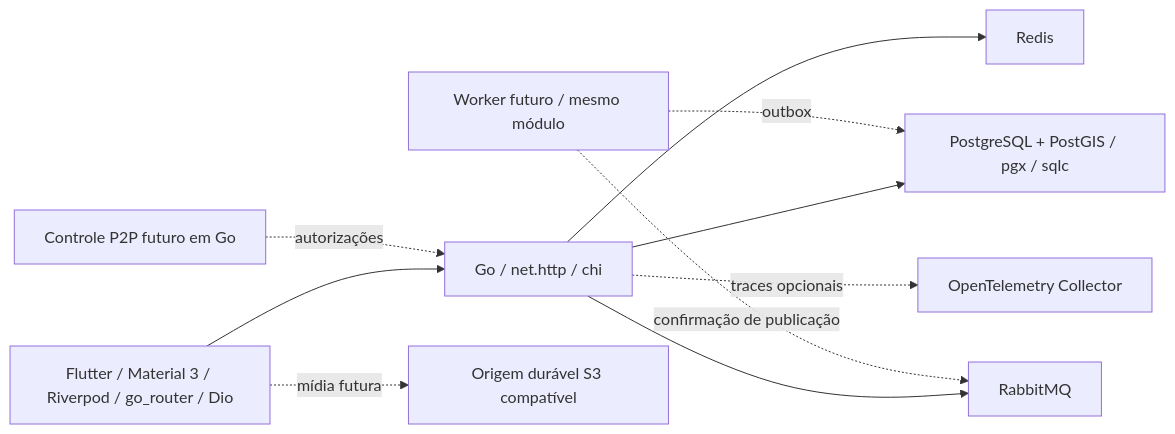
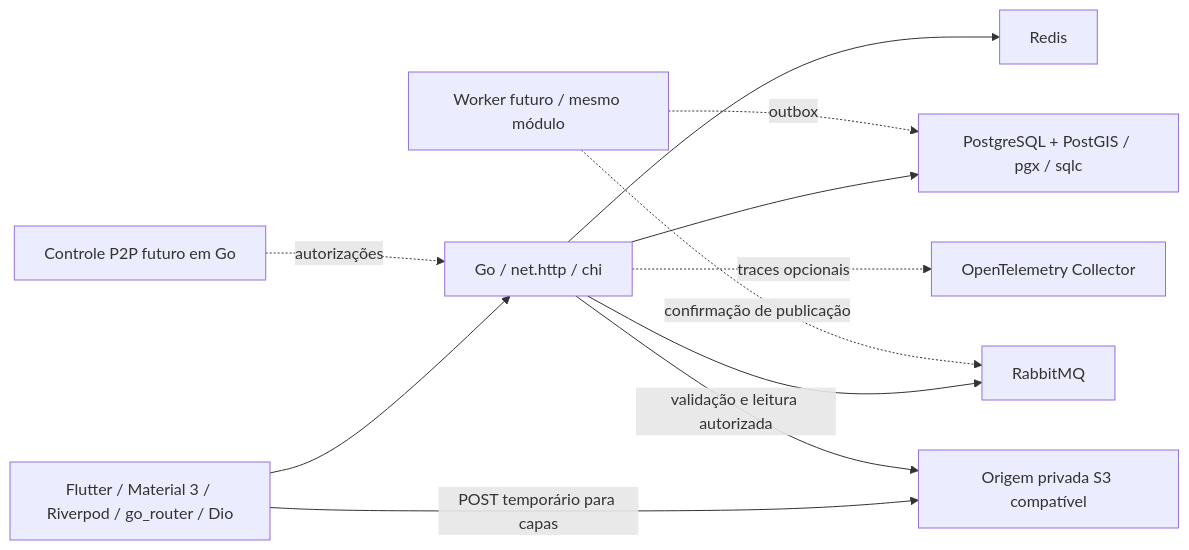
Before and after one commit to dscode-dev/flow: the diagram in docs/architecture/system-overview.md, drawn with Mermaid. The commit also changed other lines of this file and 49 other files, not shown here.

````diff
--- a/docs/architecture/system-overview.md
+++ b/docs/architecture/system-overview.md
@@ -5,12 +5,13 @@
 ```mermaid
 flowchart LR
   Mobile[Flutter / Material 3 / Riverpod / go_router / Dio] --> API[Go / net.http / chi]
   API --> PG[PostgreSQL + PostGIS / pgx / sqlc]
   API --> Redis[Redis]
   API --> AMQP[RabbitMQ]
   API -. traces opcionais .-> OTel[OpenTelemetry Collector]
   Worker[Worker futuro / mesmo módulo] -. outbox .-> PG
   Worker -. confirmação de publicação .-> AMQP
   Gateway[Controle P2P futuro em Go] -. autorizações .-> API
-  Mobile -. mídia futura .-> S3[Origem durável S3 compatível]
+  Mobile -->|POST temporário para capas| S3[Origem privada S3 compatível]
+  API -->|validação e leitura autorizada| S3
 ```
````
